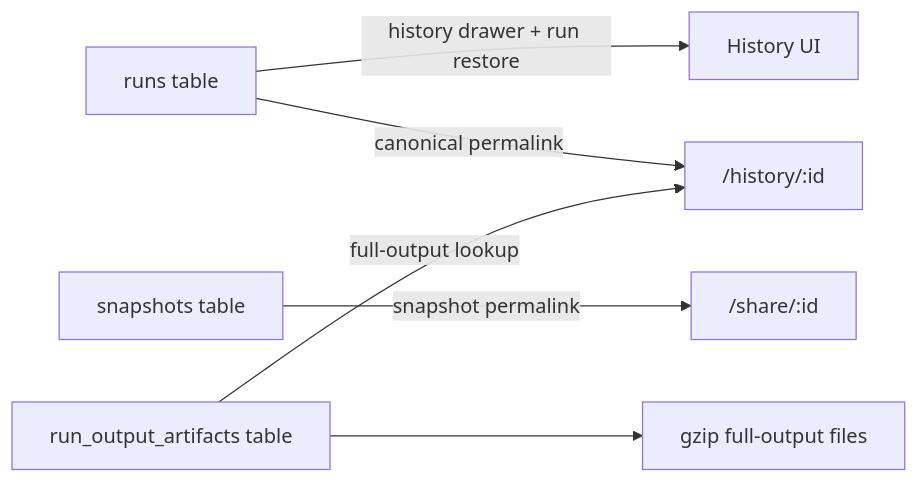
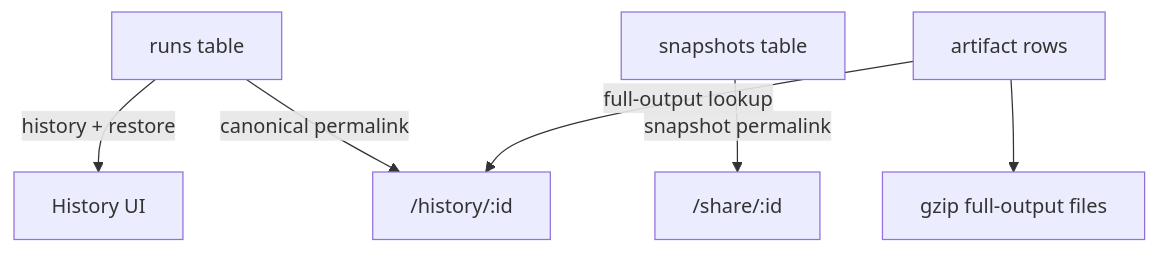
The fifth of 6 diagrams in ARCHITECTURE.md (darklab-sh/darklab-shell), drawn with Mermaid before and after one commit. The commit also changed other lines of this file and 17 other files, not shown here.

````diff
--- a/ARCHITECTURE.md
+++ b/ARCHITECTURE.md
@@ -194,13 +200,13 @@
 ```mermaid
-flowchart LR
+flowchart TB
   Runs["runs table"]
   Snapshots["snapshots table"]
-  ArtifactRows["run_output_artifacts table"]
+  ArtifactRows["artifact rows"]
   Files["gzip full-output files"]
 
-  Runs -->|history drawer + run restore| Hist["History UI"]
+  Runs -->|history + restore| Hist["History UI"]
   Runs -->|canonical permalink| RunPage["/history/:id"]
   Snapshots -->|snapshot permalink| SharePage["/share/:id"]
   ArtifactRows --> Files
   ArtifactRows -->|full-output lookup| RunPage
 ```
````
